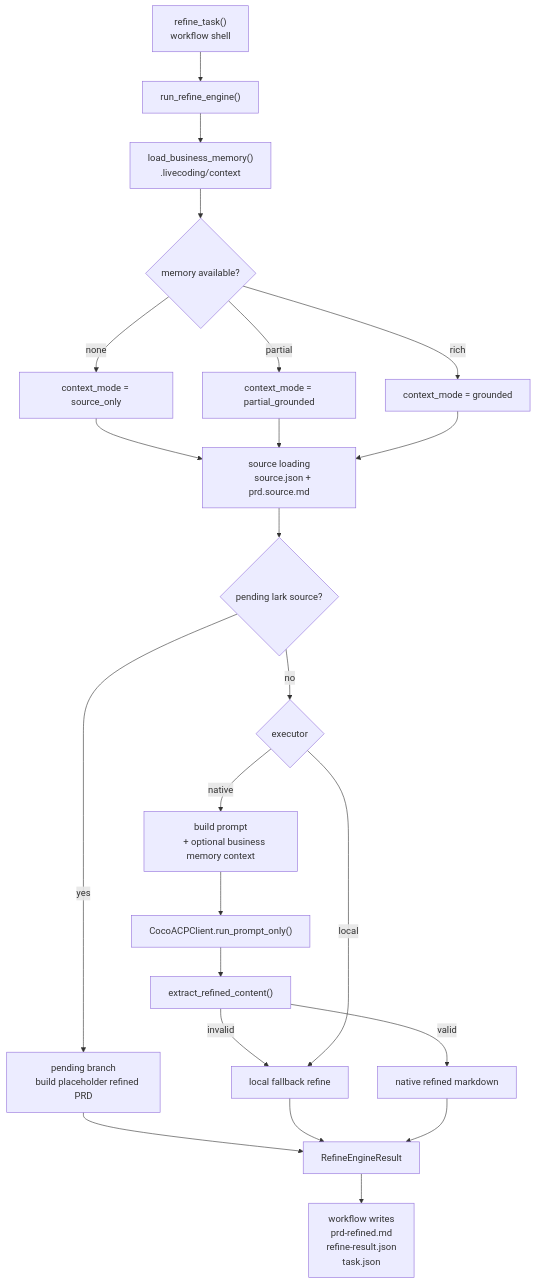
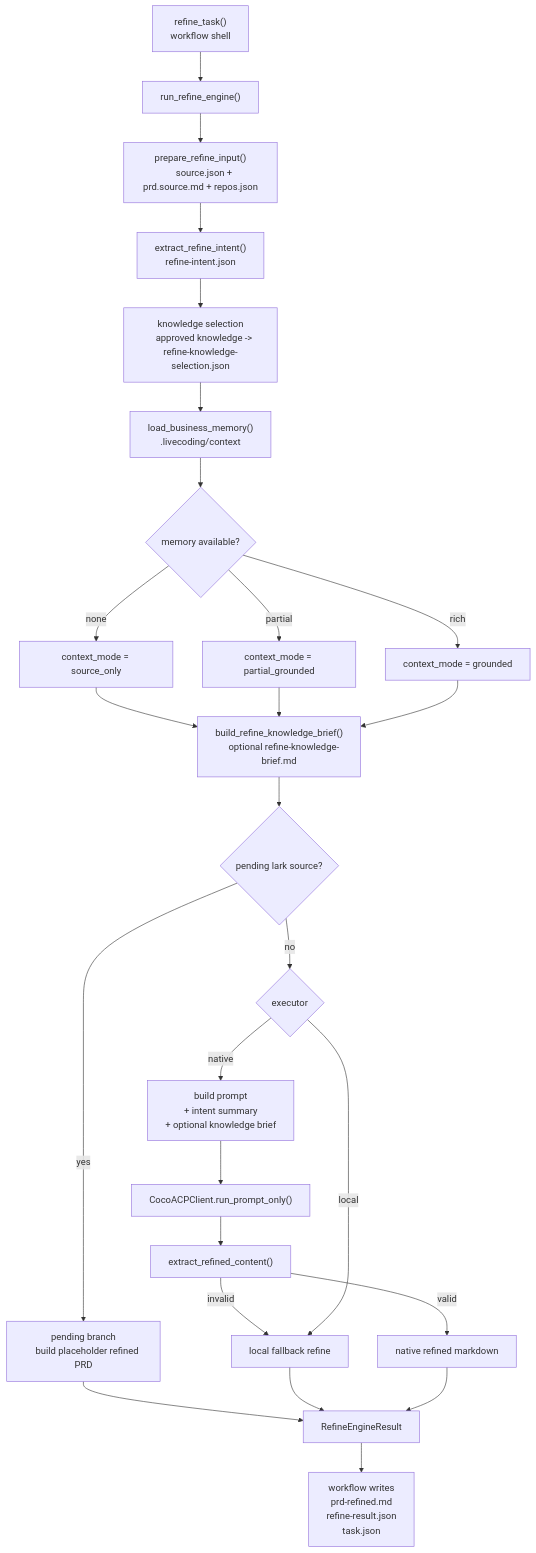
The diagram in docs/refine-engine.md (DreamCats/coco-flow), drawn with Mermaid before and after one commit. The commit also changed other lines of this file and 23 other files, not shown here.

Commit message:
Refactor refine and plan knowledge pipelines

````diff
--- a/docs/refine-engine.md
+++ b/docs/refine-engine.md
@@ -54,40 +61,47 @@
 ```mermaid
 flowchart TD
     A["refine_task()
     workflow shell"] --> B["run_refine_engine()"]
 
-    B --> C["load_business_memory()
+    B --> B1["prepare_refine_input()
+    source.json + prd.source.md + repos.json"]
+    B1 --> B2["extract_refine_intent()
+    refine-intent.json"]
+    B2 --> B3["knowledge selection
+    approved knowledge -> refine-knowledge-selection.json"]
+    B3 --> C["load_business_memory()
     .livecoding/context"]
     C --> D{"memory available?"}
     D -->|none| E["context_mode = source_only"]
     D -->|partial| F["context_mode = partial_grounded"]
     D -->|rich| G["context_mode = grounded"]
 
-    E --> H["source loading
-    source.json + prd.source.md"]
+    E --> H["build_refine_knowledge_brief()
+    optional refine-knowledge-brief.md"]
     F --> H
     G --> H
 
     H --> I{"pending lark source?"}
     I -->|yes| J["pending branch
     build placeholder refined PRD"]
     I -->|no| K{"executor"}
 
     K -->|native| L["build prompt
-    + optional business memory context"]
+    + intent summary
+    + optional knowledge brief"]
     L --> M["CocoACPClient.run_prompt_only()"]
     M --> N["extract_refined_content()"]
     N -->|invalid| O["fallback local refine"]
     N -->|valid| P["native refined markdown"]
 
     K -->|local| O["local fallback refine"]
 
     J --> Q["RefineEngineResult"]
     O --> Q
     P --> Q
 
     Q --> R["workflow writes
     prd-refined.md
     refine-result.json
     task.json"]
 ```
````
